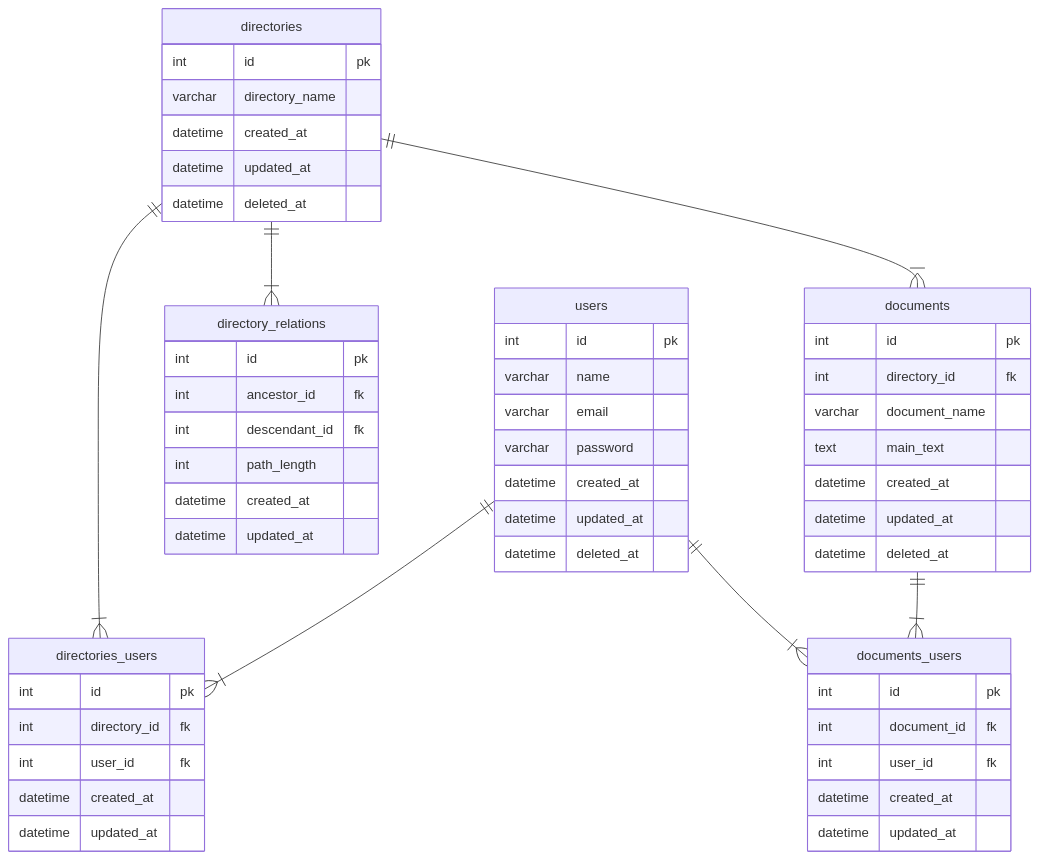
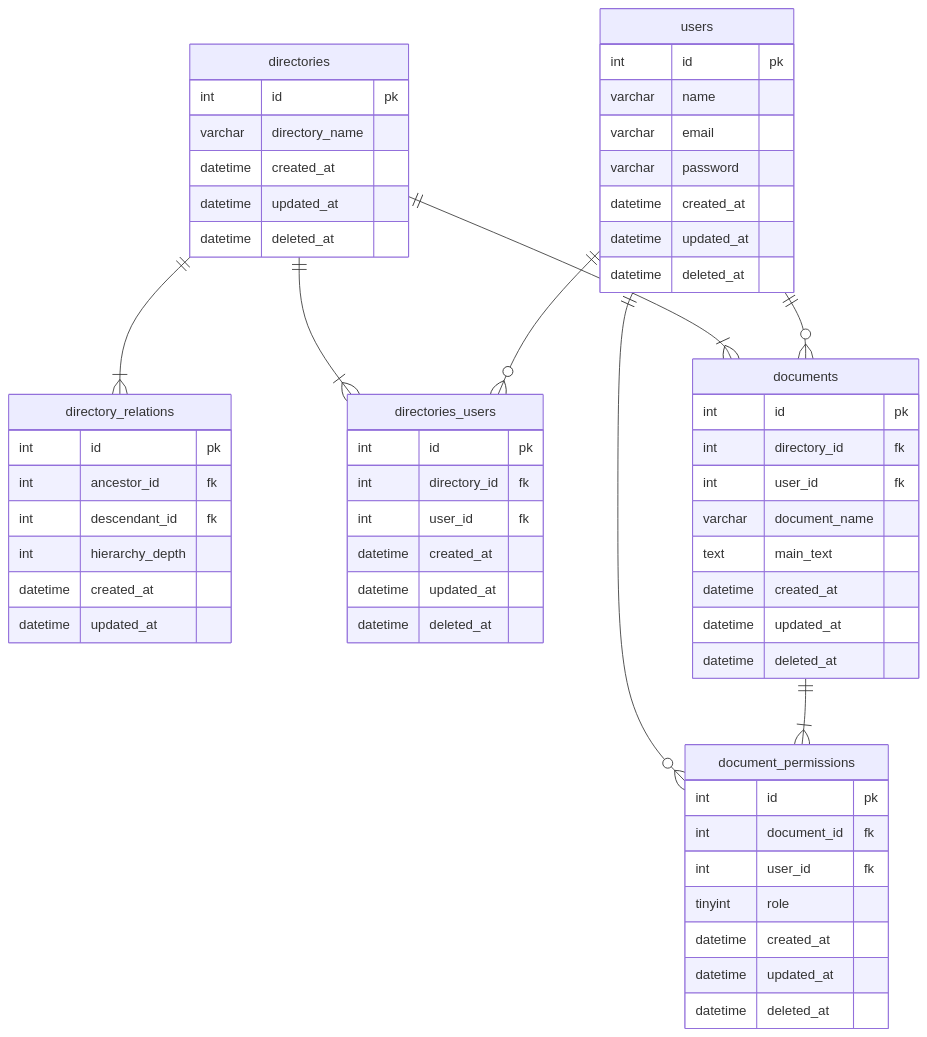
One commit to zyumax/pc_task changed the diagram in データベースモデリング3/課題1/課題1-1.md. Above: the diagram before and after it, drawn with Mermaid. The commit also changed other lines of this file, not shown here.

Commit message:
ER図変更

````diff
--- a/データベースモデリング3/課題1/課題1-1.md
+++ b/データベースモデリング3/課題1/課題1-1.md
@@ -18,63 +21,68 @@
 ```mermaid
 erDiagram
 users {
   int id pk
   varchar name
   varchar email
   varchar password
   datetime created_at
   datetime updated_at
   datetime deleted_at
 }
 
 directories {
   int id pk
   varchar directory_name
   datetime created_at 
   datetime updated_at
   datetime deleted_at
 }
 
 directory_relations {
   int id pk
   int ancestor_id fk
   int descendant_id fk
-  int path_length
+  int hierarchy_depth
   datetime created_at 
   datetime updated_at
 }
 
 directories_users {
   int id pk
   int directory_id fk
   int user_id fk
   datetime created_at
   datetime updated_at
+  datetime deleted_at
 }
 
 documents {
   int id pk
   int directory_id fk
+  int user_id fk
   varchar document_name
   text main_text
   datetime created_at
   datetime updated_at
   datetime deleted_at
 }
 
-documents_users {
+document_permissions {
   int id pk
   int document_id fk
   int user_id fk
+  tinyint role
   datetime created_at
   datetime updated_at
+  datetime deleted_at
 }
 
 %% relations
-documents ||--|{ documents_users : ""
-users ||--|{ documents_users : ""
-users ||--|{ directories_users : ""
+documents ||--|{ document_permissions : ""
+users ||--o{ documents : ""
+users ||--o{ document_permissions : ""
+users ||--o{ directories_users : ""
 directories ||--|{ directories_users : ""
 directories ||--|{ documents : ""
 directories ||--|{ directory_relations : ""
 ```
````
